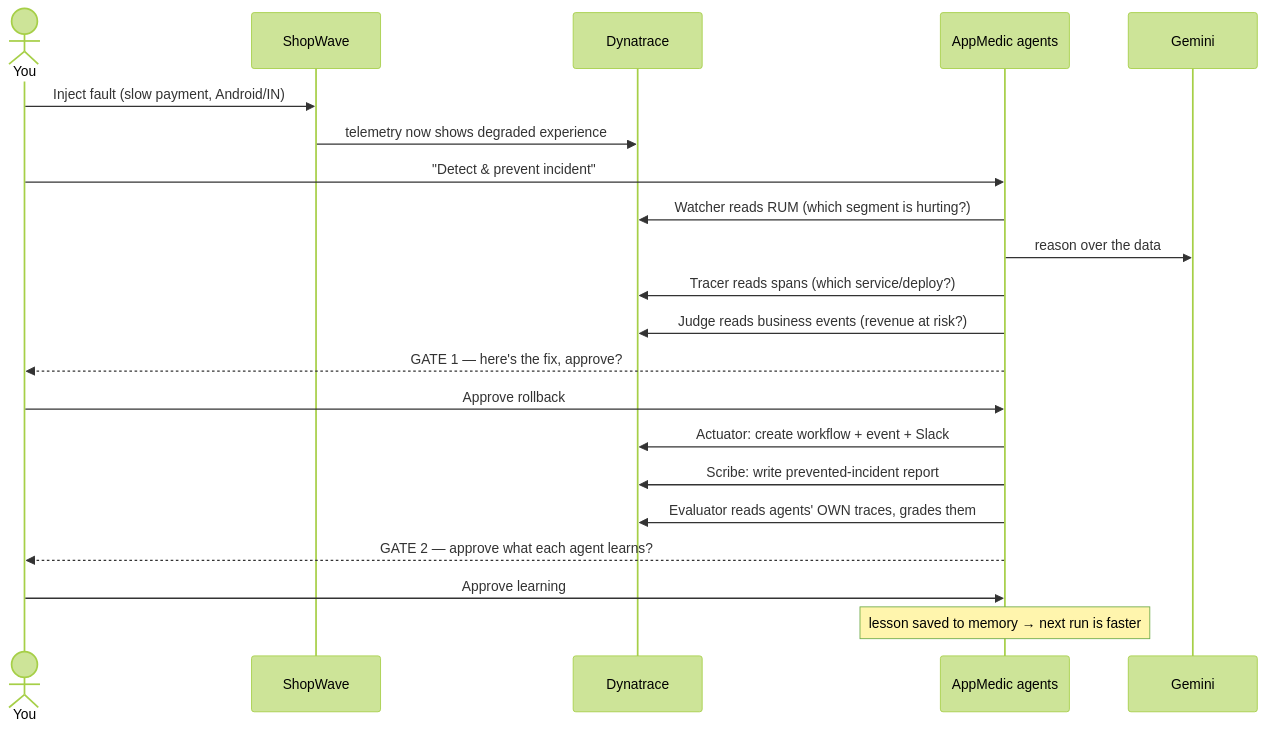
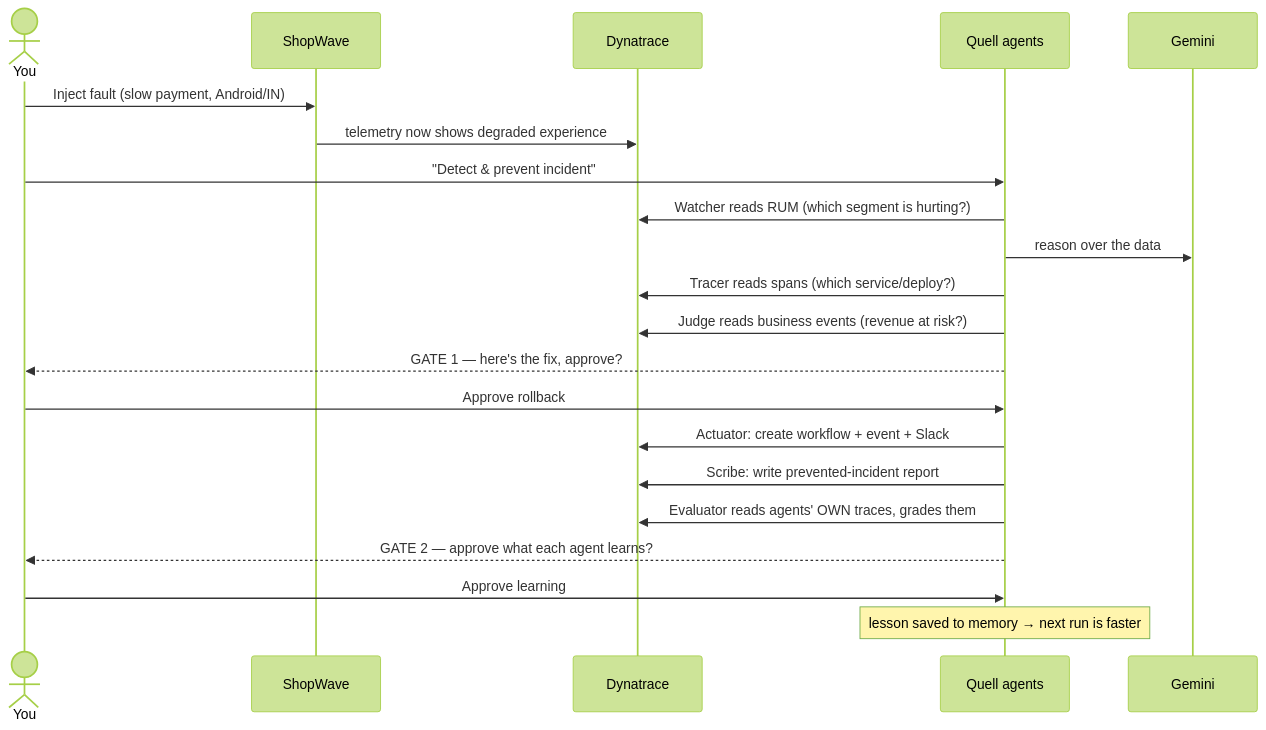
The second of 7 diagrams in ARCHITECTURE.md (madmecodes/quell), drawn with Mermaid (forest theme) before and after one commit. The commit also changed other lines of this file and 39 other files, not shown here.

Commit message:
Rebrand AppMedic -> Quell: package, frontend, backend, docs; new mark + honest hero copy

````diff
--- a/ARCHITECTURE.md
+++ b/ARCHITECTURE.md
@@ -50,24 +50,24 @@
 ```mermaid
 sequenceDiagram
   actor You
   participant Shop as ShopWave
   participant DT as Dynatrace
-  participant AM as AppMedic agents
+  participant AM as Quell agents
   participant Gem as Gemini
 
   You->>Shop: Inject fault (slow payment, Android/IN)
   Shop->>DT: telemetry now shows degraded experience
   You->>AM: "Detect & prevent incident"
   AM->>DT: Watcher reads RUM (which segment is hurting?)
   AM->>Gem: reason over the data
   AM->>DT: Tracer reads spans (which service/deploy?)
   AM->>DT: Judge reads business events (revenue at risk?)
   AM-->>You: GATE 1 — here's the fix, approve?
   You->>AM: Approve rollback
   AM->>DT: Actuator: create workflow + event + Slack
   AM->>DT: Scribe: write prevented-incident report
   AM->>DT: Evaluator reads agents' OWN traces, grades them
   AM-->>You: GATE 2 — approve what each agent learns?
   You->>AM: Approve learning
   Note over AM: lesson saved to memory → next run is faster
 ```
````
